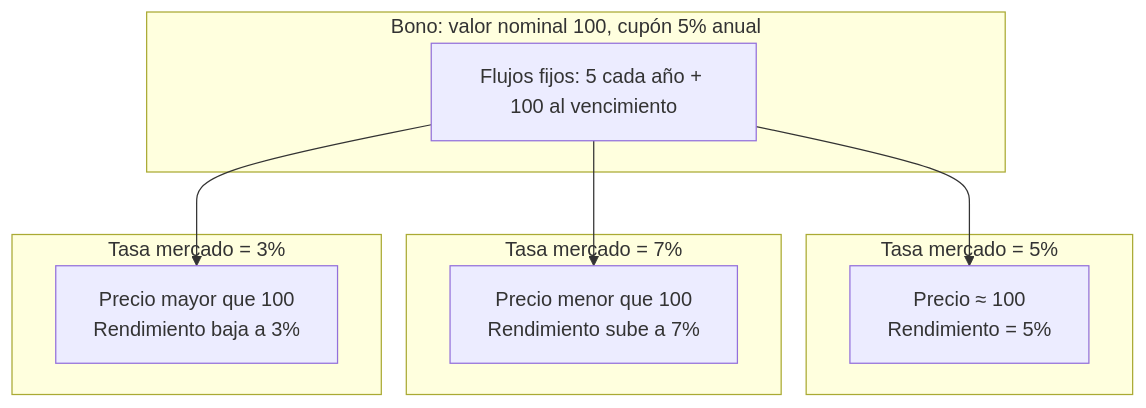
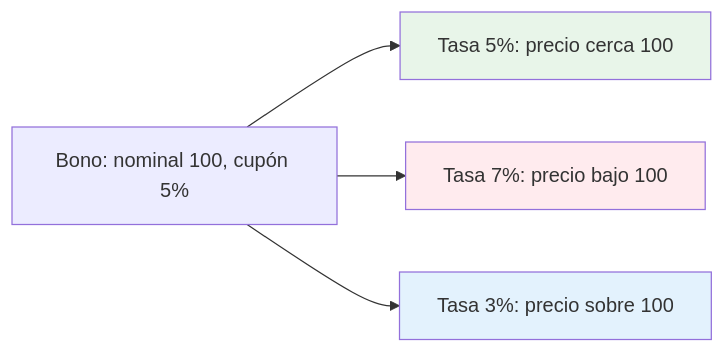
Before and after one commit to MarxMad/Econosfera: the fourth of 4 diagrams in docs/precio-vs-rendimiento-titulos-deuda.md, drawn with Mermaid. The commit also changed other lines of this file and 18 other files, not shown here.

````diff
--- a/docs/precio-vs-rendimiento-titulos-deuda.md
+++ b/docs/precio-vs-rendimiento-titulos-deuda.md
@@ -81,22 +81,15 @@
 ```mermaid
-flowchart TB
-    subgraph bono["Bono: valor nominal 100, cupón 5% anual"]
-        F[Flujos fijos: 5 cada año + 100 al vencimiento]
-    end
-
-    subgraph escenario1["Tasa mercado = 5%"]
-        E1[Precio ≈ 100<br/>Rendimiento = 5%]
-    end
-
-    subgraph escenario2["Tasa mercado = 7%"]
-        E2[Precio menor que 100<br/>Rendimiento sube a 7%]
-    end
-
-    subgraph escenario3["Tasa mercado = 3%"]
-        E3[Precio mayor que 100<br/>Rendimiento baja a 3%]
-    end
+flowchart LR
+    F[Bono: nominal 100, cupón 5%]
+    E1[Tasa 5%: precio cerca 100]
+    E2[Tasa 7%: precio bajo 100]
+    E3[Tasa 3%: precio sobre 100]
 
     F --> E1
     F --> E2
     F --> E3
+
+    style E1 fill:#e8f5e9
+    style E2 fill:#ffebee
+    style E3 fill:#e3f2fd
 ```
````
